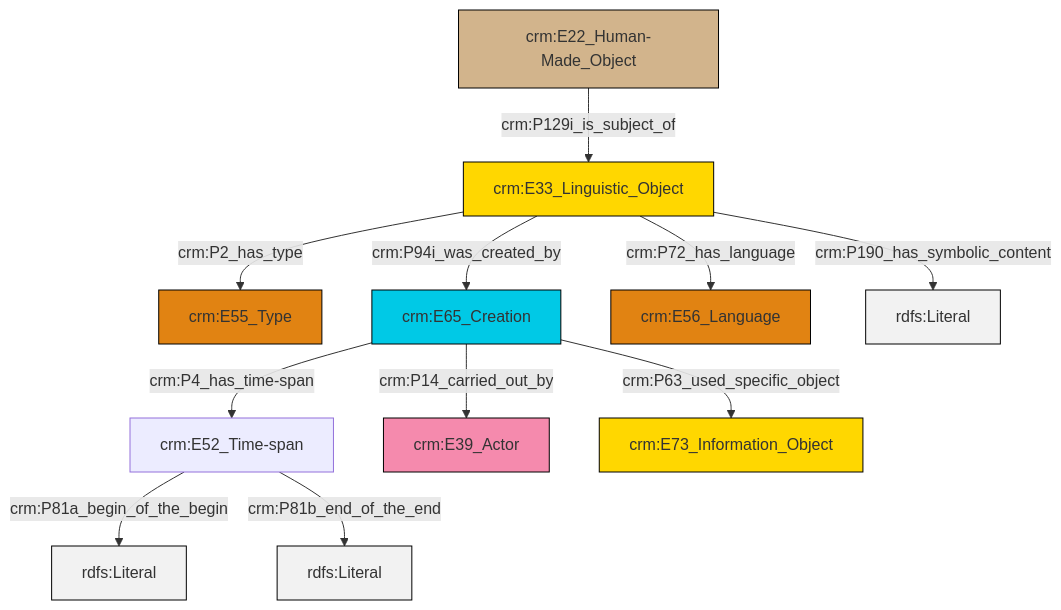
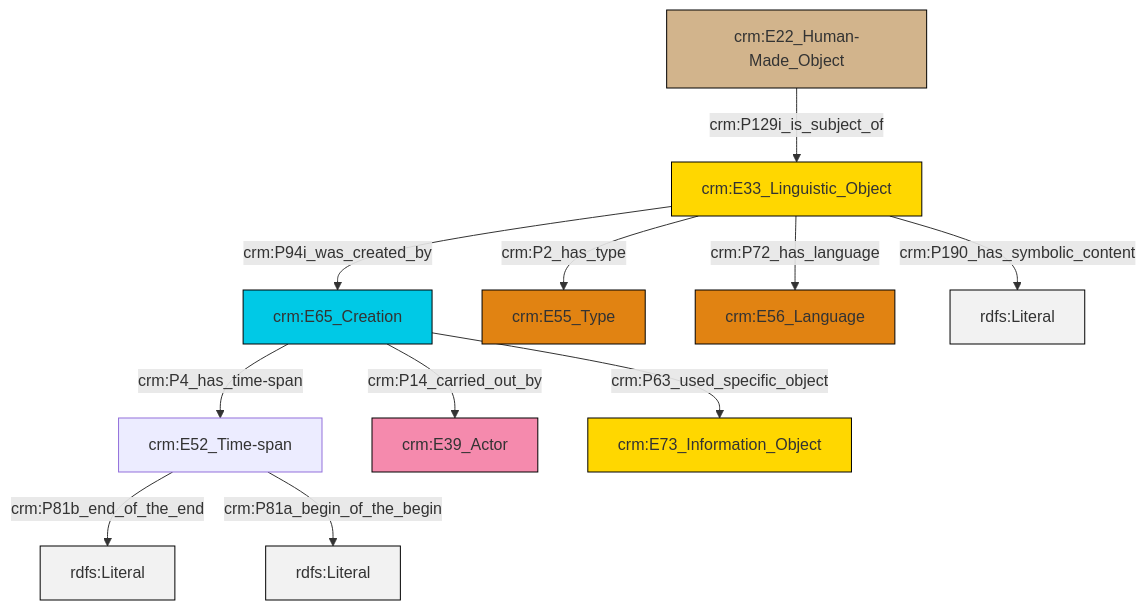
The diagram in et/carrierCSV/ttl/mmd/carrier_description.ttl.mmd (swiss-art-research-net/docs.swissartresearch), drawn with Mermaid before and after one commit. The commit also changed 210 other files, not shown here.

```diff
--- a/et/carrierCSV/ttl/mmd/carrier_description.ttl.mmd
+++ b/et/carrierCSV/ttl/mmd/carrier_description.ttl.mmd
@@ -1,25 +1,25 @@
 graph TD
 classDef Literal fill:#f2f2f2,stroke:#000000;
 classDef CRM_Entity fill:#FFFFFF,stroke:#000000;
 classDef Temporal_Entity fill:#00C9E6, stroke:#000000;
 classDef Type fill:#E18312, stroke:#000000;
 classDef Time-Span fill:#2C9C91, stroke:#000000;
 classDef Appellation fill:#FFEB7F, stroke:#000000;
 classDef Place fill:#008836, stroke:#000000;
 classDef Persistent_Item fill:#B266B2, stroke:#000000;
 classDef Conceptual_Object fill:#FFD700, stroke:#000000;
 classDef Physical_Thing fill:#D2B48C, stroke:#000000;
 classDef Actor fill:#f58aad, stroke:#000000;
 classDef PC_Classes fill:#4ce600, stroke:#000000;
 classDef Multi fill:#cccccc,stroke:#000000;
 
-2["crm:E52_Time-span"]:::Default -->|crm:P81a_begin_of_the_begin| 3[rdfs:Literal]:::Literal
-2["crm:E52_Time-span"]:::Default -->|crm:P81b_end_of_the_end| 4[rdfs:Literal]:::Literal
-5["crm:E33_Linguistic_Object"]:::Conceptual_Object -->|crm:P2_has_type| 6["crm:E55_Type"]:::Type
-0["crm:E22_Human-Made_Object"]:::Physical_Thing -->|crm:P129i_is_subject_of| 5["crm:E33_Linguistic_Object"]:::Conceptual_Object
-10["crm:E65_Creation"]:::Temporal_Entity -->|crm:P14_carried_out_by| 8["crm:E39_Actor"]:::Actor
-5["crm:E33_Linguistic_Object"]:::Conceptual_Object -->|crm:P72_has_language| 12["crm:E56_Language"]:::Type
-5["crm:E33_Linguistic_Object"]:::Conceptual_Object -->|crm:P190_has_symbolic_content| 13[rdfs:Literal]:::Literal
-5["crm:E33_Linguistic_Object"]:::Conceptual_Object -->|crm:P94i_was_created_by| 10["crm:E65_Creation"]:::Temporal_Entity
-10["crm:E65_Creation"]:::Temporal_Entity -->|crm:P63_used_specific_object| 16["crm:E73_Information_Object"]:::Conceptual_Object
-10["crm:E65_Creation"]:::Temporal_Entity -->|crm:P4_has_time-span| 2["crm:E52_Time-span"]:::Default
+0["crm:E52_Time-span"]:::Default -->|crm:P81b_end_of_the_end| 1[rdfs:Literal]:::Literal
+4["crm:E65_Creation"]:::Temporal_Entity -->|crm:P63_used_specific_object| 5["crm:E73_Information_Object"]:::Conceptual_Object
+6["crm:E33_Linguistic_Object"]:::Conceptual_Object -->|crm:P2_has_type| 7["crm:E55_Type"]:::Type
+4["crm:E65_Creation"]:::Temporal_Entity -->|crm:P4_has_time-span| 0["crm:E52_Time-span"]:::Default
+0["crm:E52_Time-span"]:::Default -->|crm:P81a_begin_of_the_begin| 15[rdfs:Literal]:::Literal
+6["crm:E33_Linguistic_Object"]:::Conceptual_Object -->|crm:P94i_was_created_by| 4["crm:E65_Creation"]:::Temporal_Entity
+13["crm:E22_Human-Made_Object"]:::Physical_Thing -->|crm:P129i_is_subject_of| 6["crm:E33_Linguistic_Object"]:::Conceptual_Object
+6["crm:E33_Linguistic_Object"]:::Conceptual_Object -->|crm:P190_has_symbolic_content| 17[rdfs:Literal]:::Literal
+6["crm:E33_Linguistic_Object"]:::Conceptual_Object -->|crm:P72_has_language| 8["crm:E56_Language"]:::Type
+4["crm:E65_Creation"]:::Temporal_Entity -->|crm:P14_carried_out_by| 2["crm:E39_Actor"]:::Actor
```
